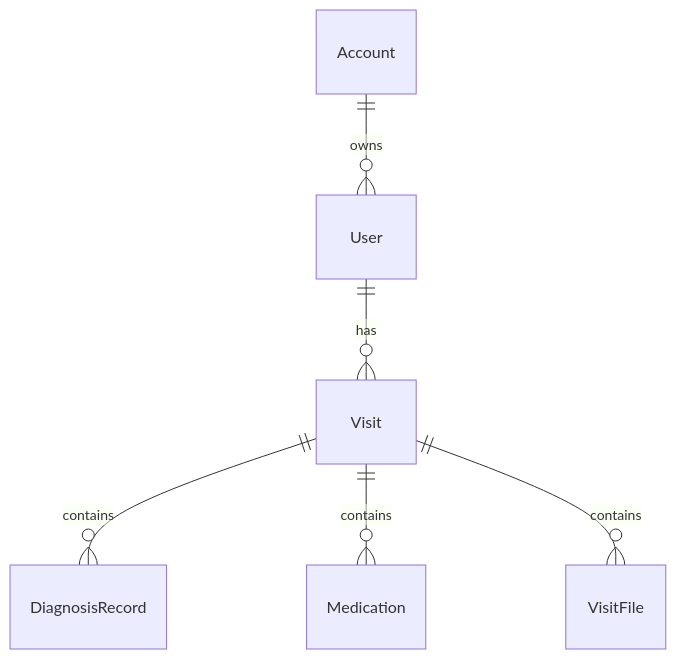
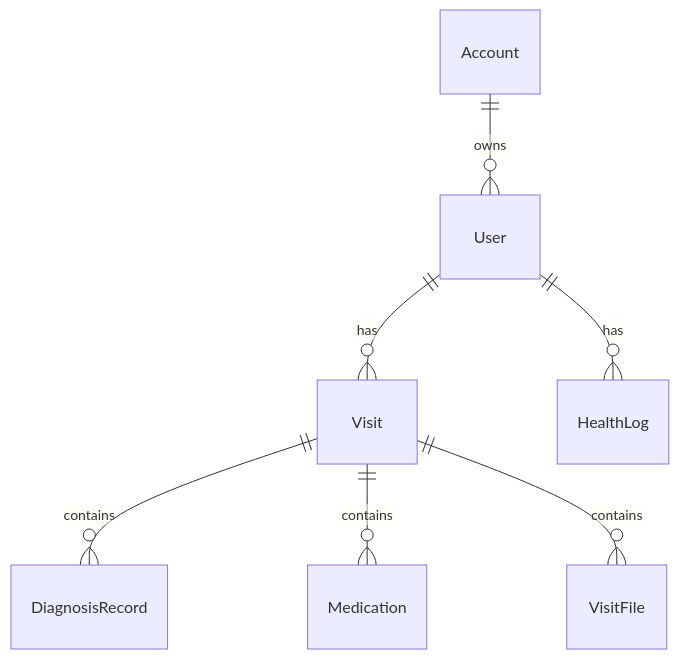
One commit to ayxixi/medical-system changed the seventh of 8 diagrams in docs/ARCHITECTURE.md. Above: the diagram before and after it, drawn with Mermaid. The commit also changed other lines of this file and 27 other files, not shown here.

````diff
--- a/docs/ARCHITECTURE.md
+++ b/docs/ARCHITECTURE.md
@@ -447,8 +461,9 @@
 ```mermaid
 erDiagram
   Account ||--o{ User : owns
   User ||--o{ Visit : has
+  User ||--o{ HealthLog : has
   Visit ||--o{ DiagnosisRecord : contains
   Visit ||--o{ Medication : contains
   Visit ||--o{ VisitFile : contains
 ```
````
